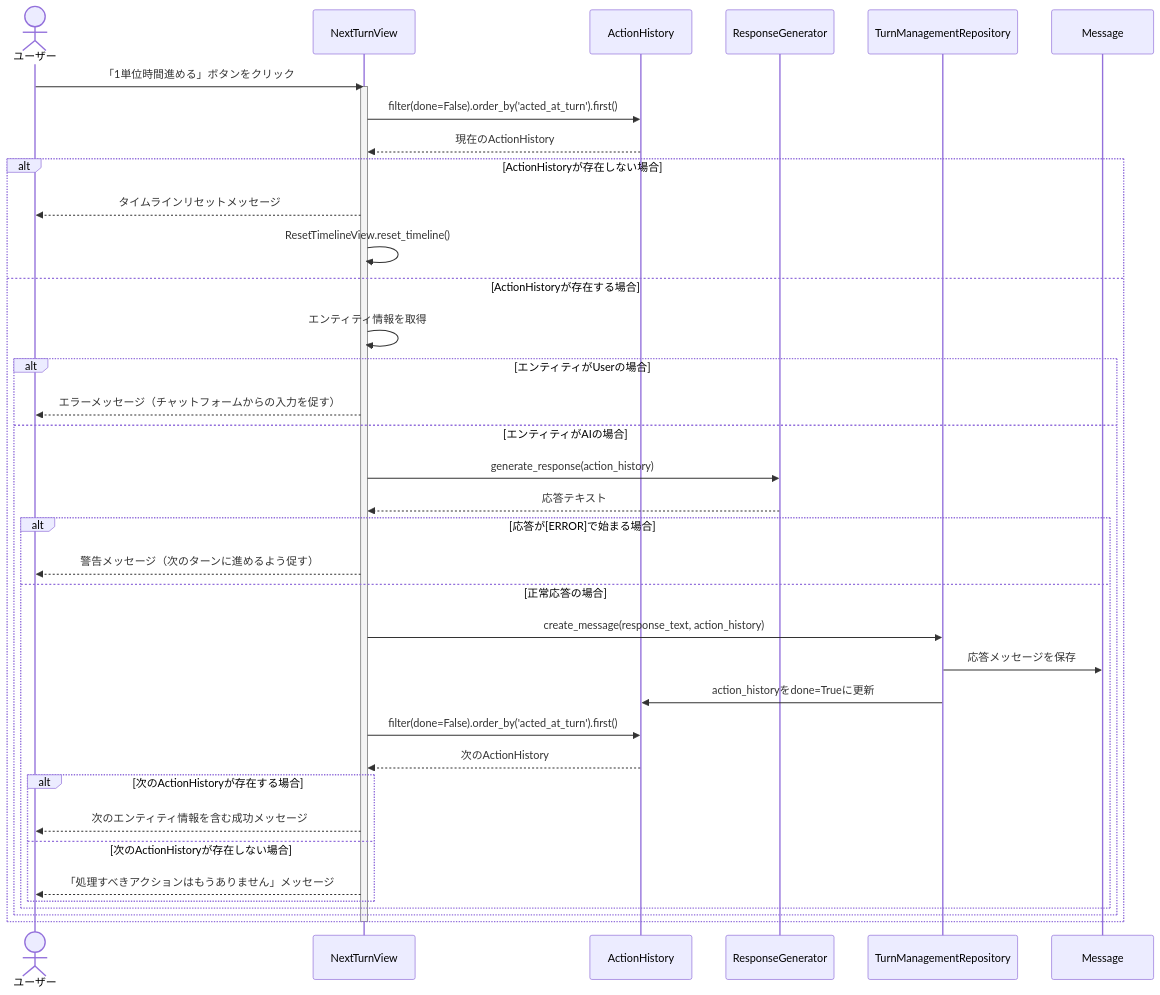
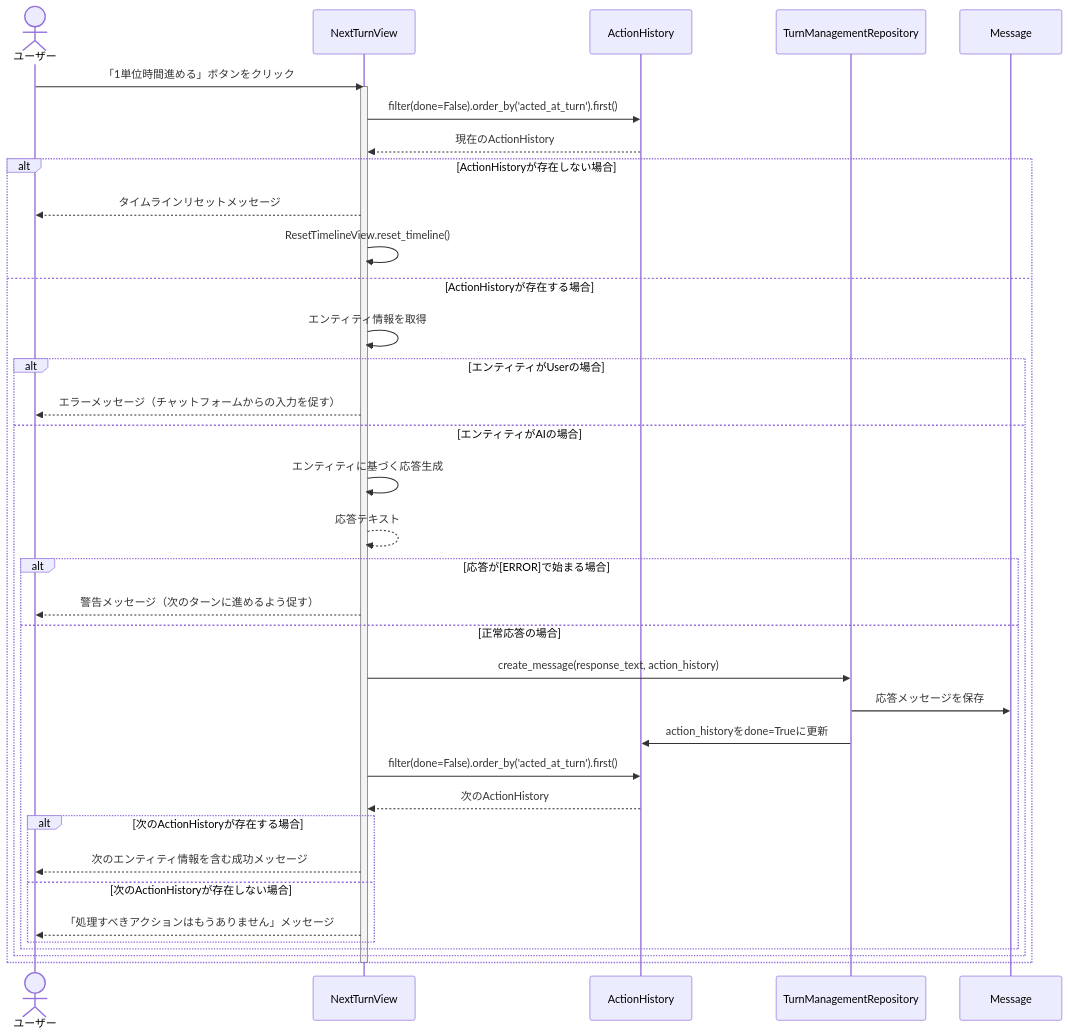
Before and after one commit to duri0214/portfolio: the first of 2 diagrams in ai_agent/README.md, drawn with Mermaid. The commit also changed other lines of this file and 1 other file, not shown here.

````diff
--- a/ai_agent/README.md
+++ b/ai_agent/README.md
@@ -144,46 +103,45 @@
 ```mermaid
 sequenceDiagram
     actor User as ユーザー
     participant View as NextTurnView
     participant AH as ActionHistory
-    participant RG as ResponseGenerator
     participant TMR as TurnManagementRepository
     participant Message as Message
 
     User->>View: 「1単位時間進める」ボタンをクリック
     activate View
     View->>AH: filter(done=False).order_by('acted_at_turn').first()
     AH-->>View: 現在のActionHistory
 
     alt ActionHistoryが存在しない場合
         View-->>User: タイムラインリセットメッセージ
         View->>View: ResetTimelineView.reset_timeline()
     else ActionHistoryが存在する場合
         View->>View: エンティティ情報を取得
 
         alt エンティティがUserの場合
             View-->>User: エラーメッセージ（チャットフォームからの入力を促す）
         else エンティティがAIの場合
-            View->>RG: generate_response(action_history)
-            RG-->>View: 応答テキスト
+            View->>View: エンティティに基づく応答生成
+            View-->>View: 応答テキスト
 
             alt 応答が[ERROR]で始まる場合
                 View-->>User: 警告メッセージ（次のターンに進めるよう促す）
             else 正常応答の場合
                 View->>TMR: create_message(response_text, action_history)
                 TMR->>Message: 応答メッセージを保存
                 TMR->>AH: action_historyをdone=Trueに更新
 
                 View->>AH: filter(done=False).order_by('acted_at_turn').first()
                 AH-->>View: 次のActionHistory
 
                 alt 次のActionHistoryが存在する場合
                     View-->>User: 次のエンティティ情報を含む成功メッセージ
                 else 次のActionHistoryが存在しない場合
                     View-->>User: 「処理すべきアクションはもうありません」メッセージ
                 end
             end
         end
     end
     deactivate View
 ```
````
